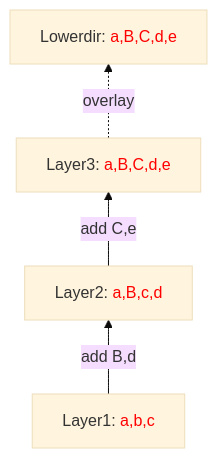
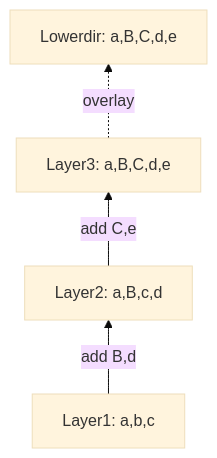
One commit to raygecao/blog changed the second of 2 diagrams in content/posts/storage-driver/index.md. Above: the diagram before and after it, drawn with Mermaid (base theme). The commit also changed other lines of this file, not shown here.

```diff
--- a/content/posts/storage-driver/index.md
+++ b/content/posts/storage-driver/index.md
@@ -331,10 +332,10 @@
   {{< mermaid >}}
   graph BT;
-  l1[Layer1: <font color=red>a,b,c</font>]
-  l2[Layer2: <font color=red>a,B,c,d</font>]
-  l3[Layer3: <font color=red>a,B,C,d,e</font>]
-  ld[Lowerdir: <font color=red>a,B,C,d,e</font>]
+  l1[Layer1: a,b,c]
+  l2[Layer2: a,B,c,d]
+  l3[Layer3: a,B,C,d,e]
+  ld[Lowerdir: a,B,C,d,e]
   l1 -- add B,d --> l2
   l2 -- add C,e --> l3
   l3 -. overlay .-> ld
   {{< /mermaid >}}
```
